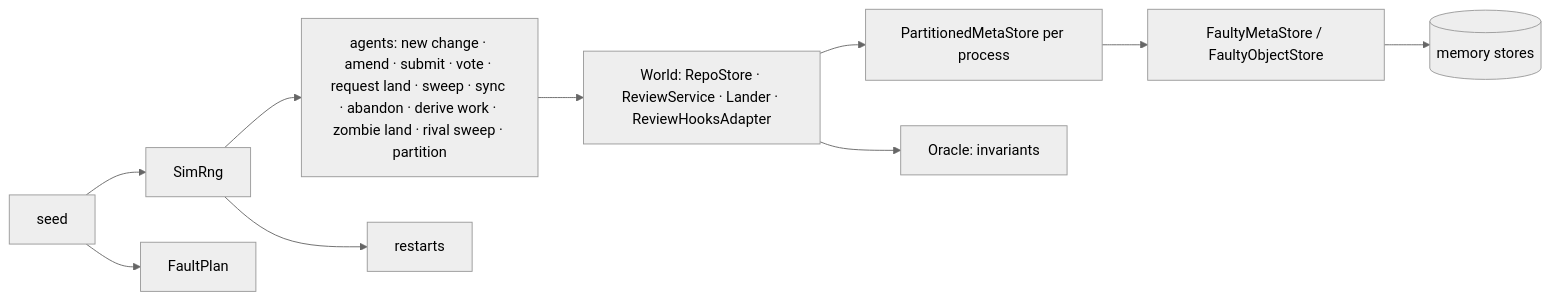
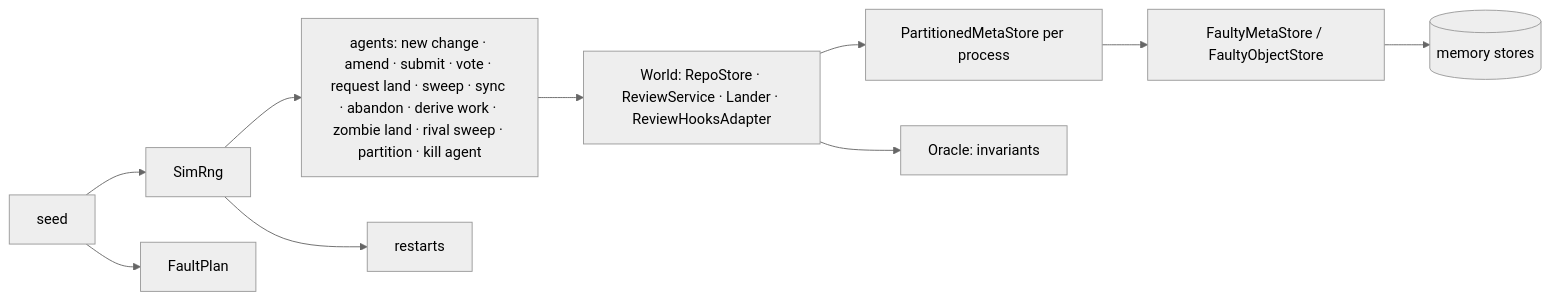
One commit to envoy1084/rill changed the diagram in architecture/09-engineering/simulation.md. Above: the diagram before and after it, drawn with Mermaid (neutral theme). The commit also changed other lines of this file and 8 other files, not shown here.

First line of the commit message:
sim: the kill switch, and KilledAgentsDoNotLand

````diff
--- a/architecture/09-engineering/simulation.md
+++ b/architecture/09-engineering/simulation.md
@@ -13,12 +13,12 @@
 ```mermaid
 flowchart LR
   S[seed] --> R[SimRng]
-  R --> A[agents: new change · amend · submit · vote · request land · sweep · sync · abandon · derive work · zombie land · rival sweep · partition]
+  R --> A[agents: new change · amend · submit · vote · request land · sweep · sync · abandon · derive work · zombie land · rival sweep · partition · kill agent]
   R --> X[restarts]
   S --> F[FaultPlan]
   A --> W[World: RepoStore · ReviewService · Lander · ReviewHooksAdapter]
   W --> P[PartitionedMetaStore per process]
   P --> FS[FaultyMetaStore / FaultyObjectStore]
   FS --> M[(memory stores)]
   W --> O[Oracle: invariants]
 ```
````
